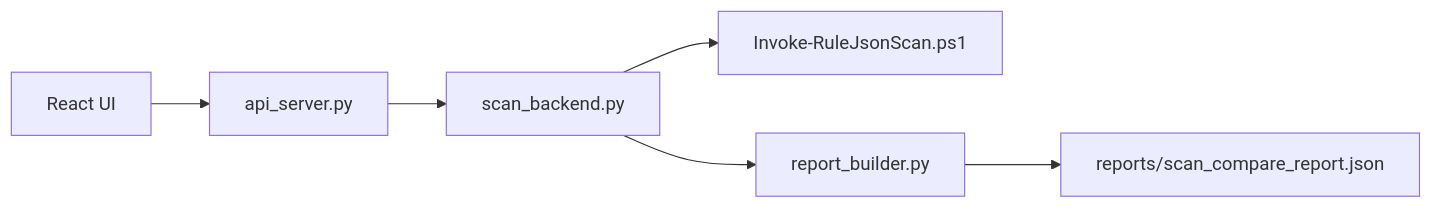
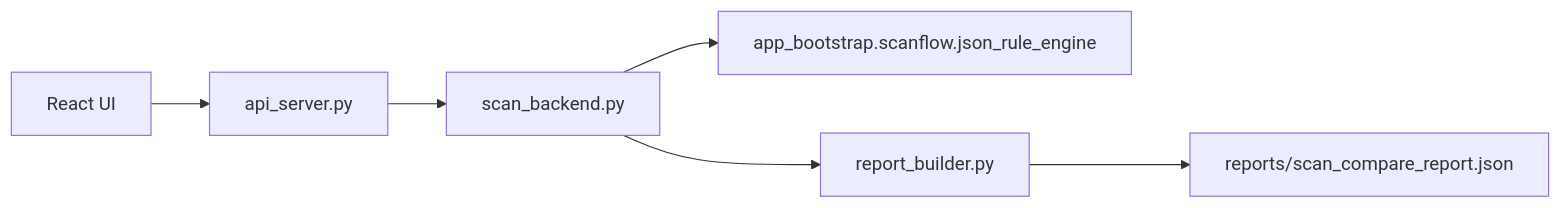
One commit to ntrutuo1/VulnMngSys changed the diagram in README.md. Above: the diagram before and after it, drawn with Mermaid. The commit also changed other lines of this file and 189 other files, not shown here.

````diff
--- a/README.md
+++ b/README.md
@@ -17,8 +17,8 @@
 ```mermaid
 flowchart LR
   UI[React UI] --> API[api_server.py]
   API --> Scan[scan_backend.py]
-  Scan --> PS[Invoke-RuleJsonScan.ps1]
+  Scan --> Eng[app_bootstrap.scanflow.json_rule_engine]
   Scan --> Cmp[report_builder.py]
   Cmp --> Report[reports/scan_compare_report.json]
 ```
````
